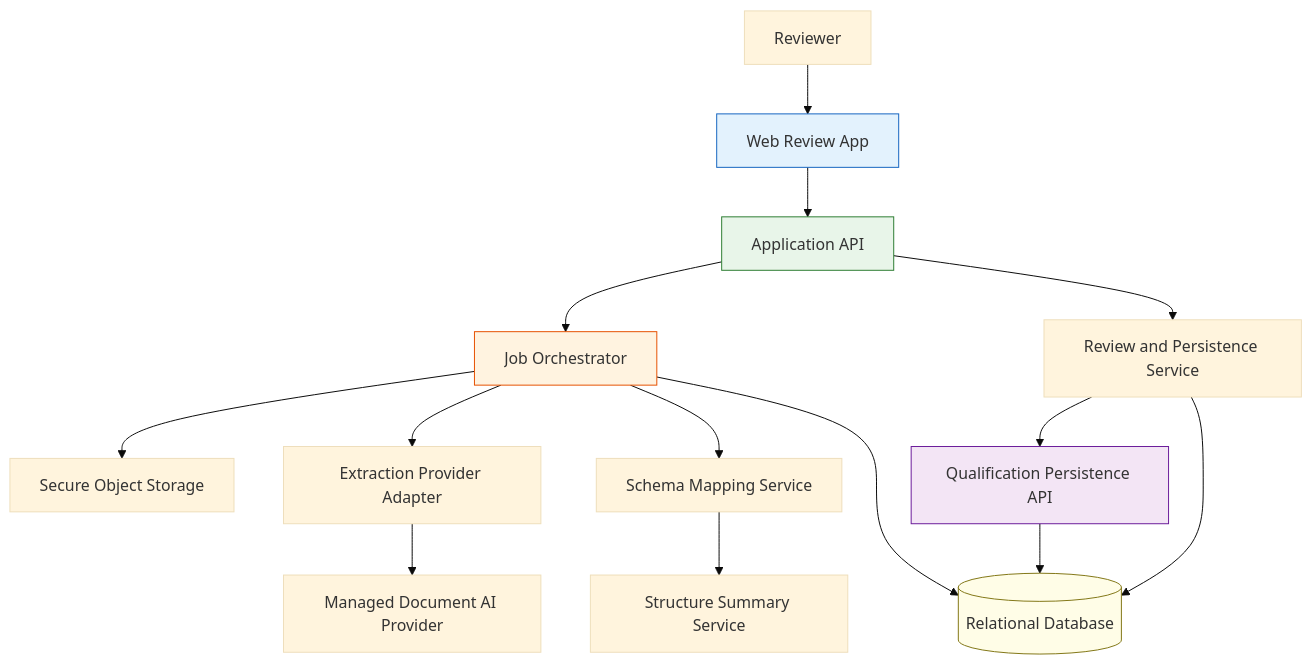
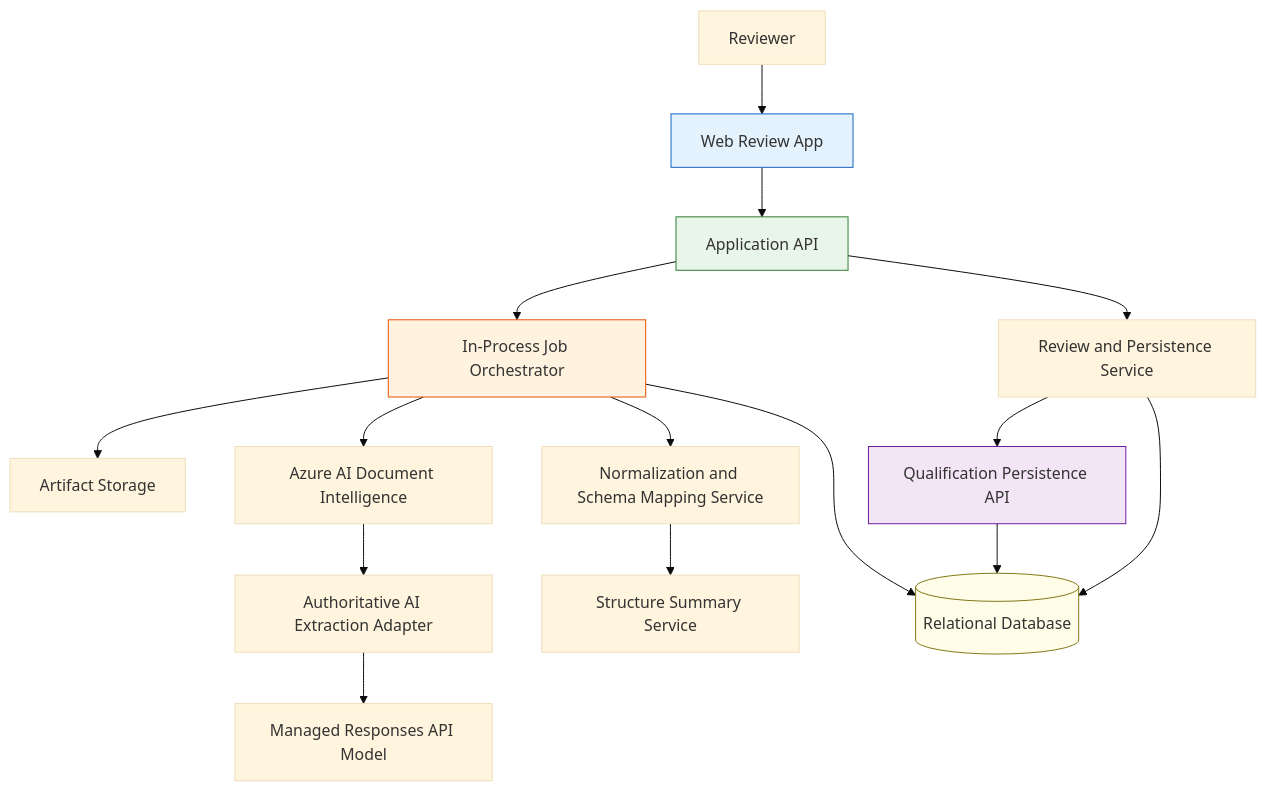
One commit to ranjivs64/QualsDemo changed the first of 2 diagrams in docs/artifacts/adr/ADR-1.md. Above: the diagram before and after it, drawn with Mermaid (base theme). The commit also changed other lines of this file and 13 other files, not shown here.

Commit message:
feat: refresh pearson review UI and architecture docs

````diff
--- a/docs/artifacts/adr/ADR-1.md
+++ b/docs/artifacts/adr/ADR-1.md
@@ -157,22 +157,23 @@
 ```mermaid
 graph TD
  U[Reviewer] --> W[Web Review App]
  W --> A[Application API]
- A --> J[Job Orchestrator]
+ A --> J[In-Process Job Orchestrator]
  A --> R[Review and Persistence Service]
- J --> S[Secure Object Storage]
- J --> X[Extraction Provider Adapter]
- X --> P[Managed Document AI Provider]
- J --> M[Schema Mapping Service]
+ J --> S[Artifact Storage]
+ J --> DI[Azure AI Document Intelligence]
+ DI --> X[Authoritative AI Extraction Adapter]
+ X --> P[Managed Responses API Model]
+ J --> M[Normalization and Schema Mapping Service]
  M --> V[Structure Summary Service]
  R --> Q[Qualification Persistence API]
  Q --> D[(Relational Database)]
  R --> D
  J --> D
 
  style W fill:#E3F2FD,stroke:#1565C0
  style A fill:#E8F5E9,stroke:#2E7D32
  style J fill:#FFF3E0,stroke:#E65100
  style Q fill:#F3E5F5,stroke:#6A1B9A
  style D fill:#FFFDE7,stroke:#827717
 ```
````
